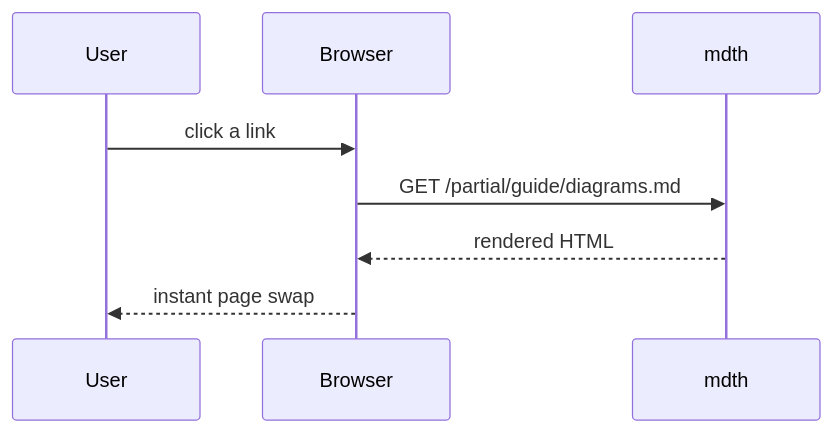
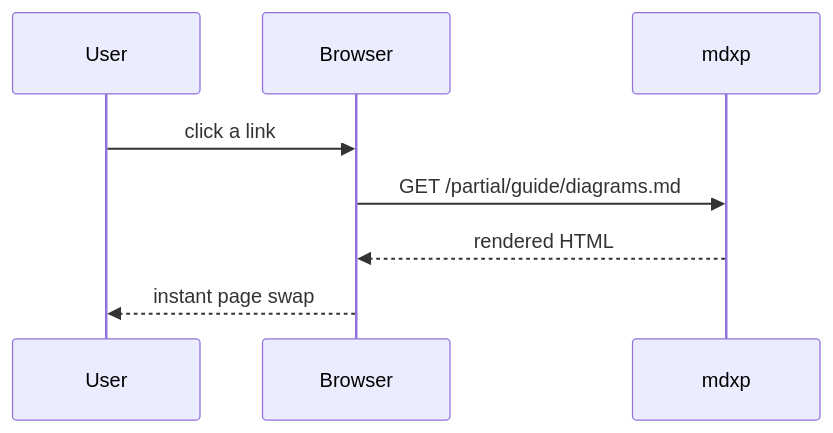
Before and after one commit to ishahadathb/mdxp: the second of 2 diagrams in sample/guide/diagrams.md, drawn with Mermaid. The commit also changed other lines of this file and 13 other files, not shown here.

````diff
--- a/sample/guide/diagrams.md
+++ b/sample/guide/diagrams.md
@@ -19,10 +19,10 @@
 ```mermaid
 sequenceDiagram
     participant U as User
     participant B as Browser
-    participant S as mdth
+    participant S as mdxp
     U->>B: click a link
     B->>S: GET /partial/guide/diagrams.md
     S-->>B: rendered HTML
     B-->>U: instant page swap
 ```
````
